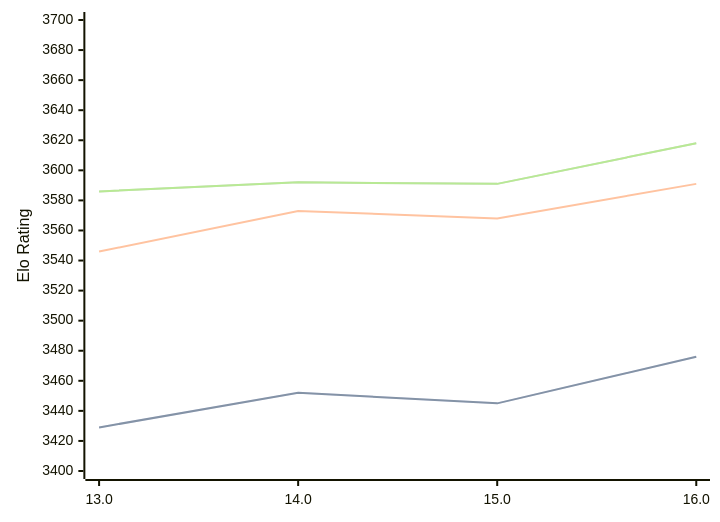
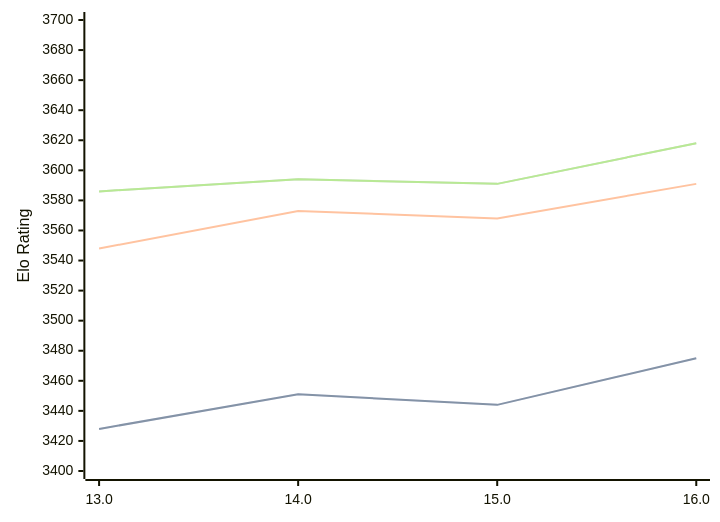
One commit to computer-chess-index/cci changed the diagram in engines/Obsidian.md. Above: the diagram before and after it, drawn with Mermaid. The commit also changed other lines of this file, not shown here.

Commit message:
Update CCI Ratings (ELO VLTC) - 2026-03-12

````diff
--- a/engines/Obsidian.md
+++ b/engines/Obsidian.md
@@ -41,11 +41,11 @@
 ```mermaid
 %%{init: {"theme":"base","themeVariables":{"seriesColors:['#a3a3a3','#222221','#faa371']}}}%%
 xychart-beta
   x-axis ["13.0", "14.0", "15.0", "16.0"]
   y-axis "Elo Rating" 3400 --> 3700
-  line "STC (8.0+0.08s)" [3429, 3452, 3445, 3476]
-  line "STC (8.0+0.08s)" [3429, 3452, 3445, 3476]
-  line "LTC (60.0+0.60s)" [3546, 3573, 3568, 3591]
-  line "VLTC (2m24s+1.12s)" [3586, 3592, 3591, 3618]
-  line "VLTC (2m24s+1.12s)" [3586, 3592, 3591, 3618]
+  line "STC (8.0+0.08s)" [3428, 3451, 3444, 3475]
+  line "STC (8.0+0.08s)" [3428, 3451, 3444, 3475]
+  line "LTC (60.0+0.60s)" [3548, 3573, 3568, 3591]
+  line "VLTC (2m24s+1.12s)" [3586, 3594, 3591, 3618]
+  line "VLTC (2m24s+1.12s)" [3586, 3594, 3591, 3618]
 ```
````
